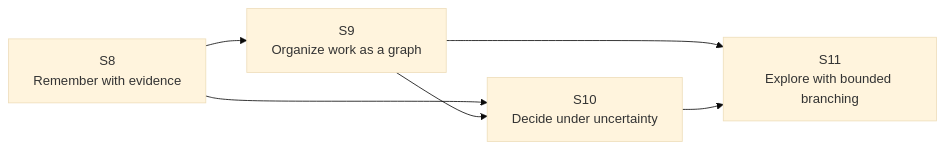
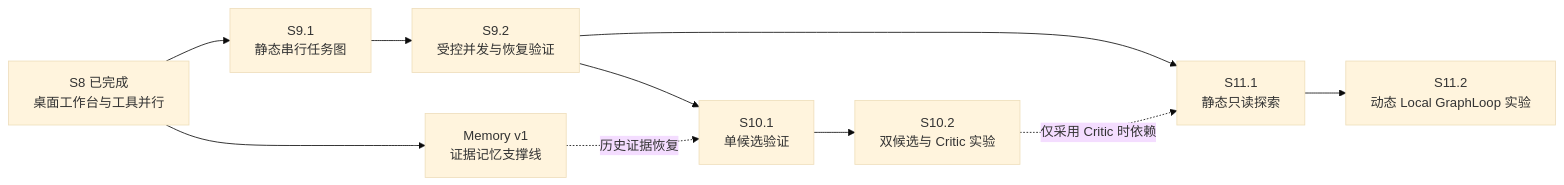
Before and after one commit to zmylol/MiniClaude: the diagram in ROADMAP.md, drawn with Mermaid (base theme). The commit also changed other lines of this file and 1 other file, not shown here.

First line of the commit message:
docs(roadmap): 对齐 S8 交付并细化 S9–S11 路线

````diff
--- a/ROADMAP.md
+++ b/ROADMAP.md
@@ -21,8 +23,12 @@
 ```mermaid
 flowchart LR
-    S8["S8<br/>Remember with evidence"] --> S9["S9<br/>Organize work as a graph"]
-    S8 --> S10["S10<br/>Decide under uncertainty"]
-    S9 --> S10
-    S9 --> S11["S11<br/>Explore with bounded branching"]
-    S10 --> S11
+    S8["S8 已完成<br/>桌面工作台与工具并行"] --> S91["S9.1<br/>静态串行任务图"]
+    S91 --> S92["S9.2<br/>受控并发与恢复验证"]
+    S8 --> M["Memory v1<br/>证据记忆支撑线"]
+    S92 --> S101["S10.1<br/>单候选验证"]
+    M -. "历史证据恢复" .-> S101
+    S101 --> S102["S10.2<br/>双候选与 Critic 实验"]
+    S92 --> S111["S11.1<br/>静态只读探索"]
+    S102 -. "仅采用 Critic 时依赖" .-> S111
+    S111 --> S112["S11.2<br/>动态 Local GraphLoop 实验"]
 ```
````
